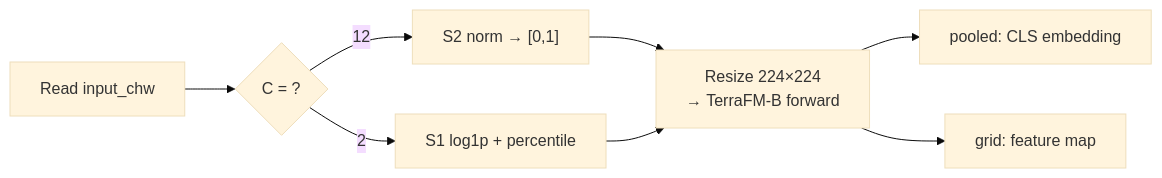
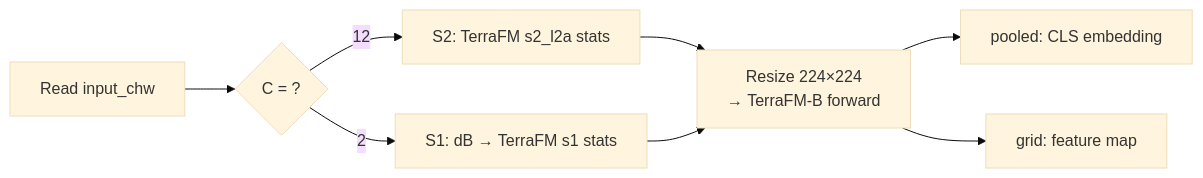
Before and after one commit to cybergis/rs-embed: the second of 3 diagrams in docs/models/terrafm.md, drawn with Mermaid (base theme). The commit also changed other lines of this file and 3 other files, not shown here.

````diff
--- a/docs/models/terrafm.md
+++ b/docs/models/terrafm.md
@@ -76,10 +79,10 @@
 ```mermaid
 flowchart LR
     INPUT["Read input_chw"] --> VAL{C = ?}
-    VAL -- "12" --> S2["S2 norm → [0,1]"]
-    VAL -- "2" --> S1["S1 log1p + percentile"]
+    VAL -- "12" --> S2["S2: TerraFM s2_l2a stats"]
+    VAL -- "2" --> S1["S1: dB → TerraFM s1 stats"]
     S2 --> FWD["Resize 224×224\n→ TerraFM-B forward"]
     S1 --> FWD
     FWD --> POOL["pooled: CLS embedding"]
     FWD --> GRID["grid: feature map"]
 ```
````
